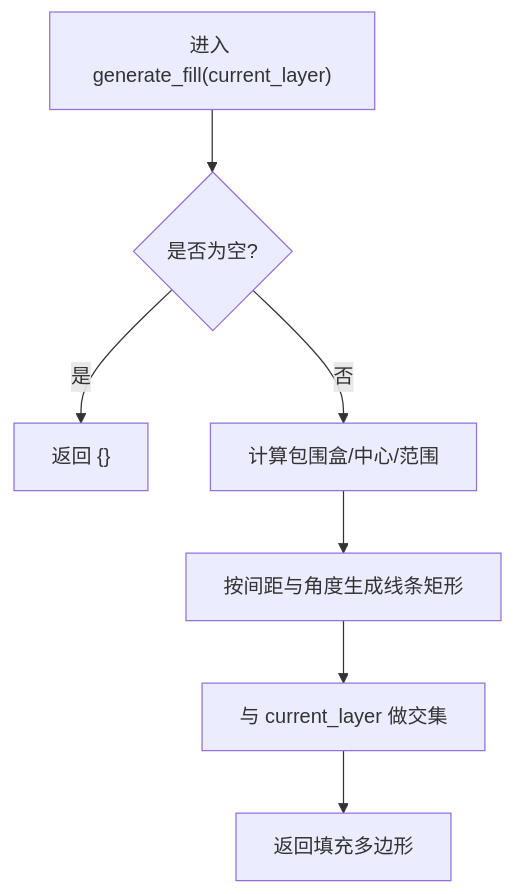
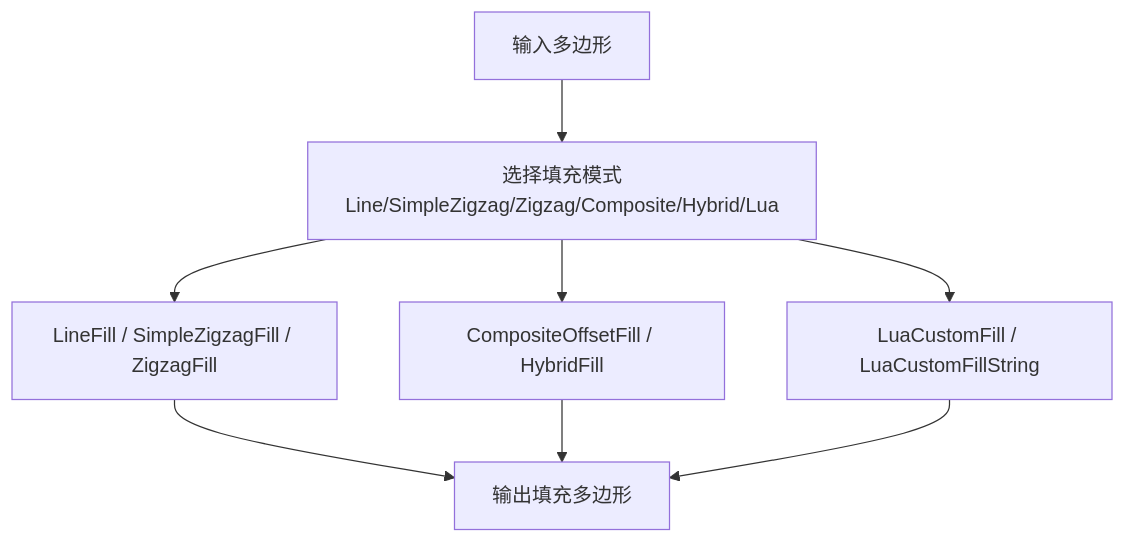
The seventh of 9 diagrams in .qoder/repowiki/zh/content/扩展开发指南/扩展开发指南.md (hsmbanlance/HsBaSlicer), drawn with Mermaid before and after one commit. The commit also changed other lines of this file and 1135 other files, not shown here.

````diff
--- a/.qoder/repowiki/zh/content/扩展开发指南/扩展开发指南.md
+++ b/.qoder/repowiki/zh/content/扩展开发指南/扩展开发指南.md
@@ -218,9 +288,10 @@
 ```mermaid
 flowchart TD
-S["进入 generate_fill(current_layer)"] --> CheckEmpty{"是否为空?"}
-CheckEmpty --> |是| ReturnEmpty["返回 {}"]
-CheckEmpty --> |否| CalcBBox["计算包围盒/中心/范围"]
-CalcBBox --> GenLines["按间距与角度生成线条矩形"]
-GenLines --> Intersect["与 current_layer 做交集"]
-Intersect --> ReturnResult["返回填充多边形"]
+Input["输入多边形"] --> Choose["选择填充模式<br/>Line/SimpleZigzag/Zigzag/Composite/Hybrid/Lua"]
+Choose --> LineFill["LineFill / SimpleZigzagFill / ZigzagFill"]
+Choose --> Composite["CompositeOffsetFill / HybridFill"]
+Choose --> LuaFill["LuaCustomFill / LuaCustomFillString"]
+LineFill --> Output["输出填充多边形"]
+Composite --> Output
+LuaFill --> Output
 ```
````
